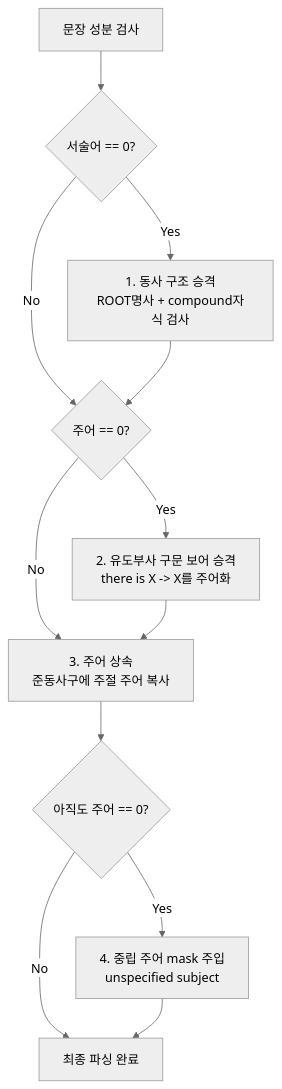
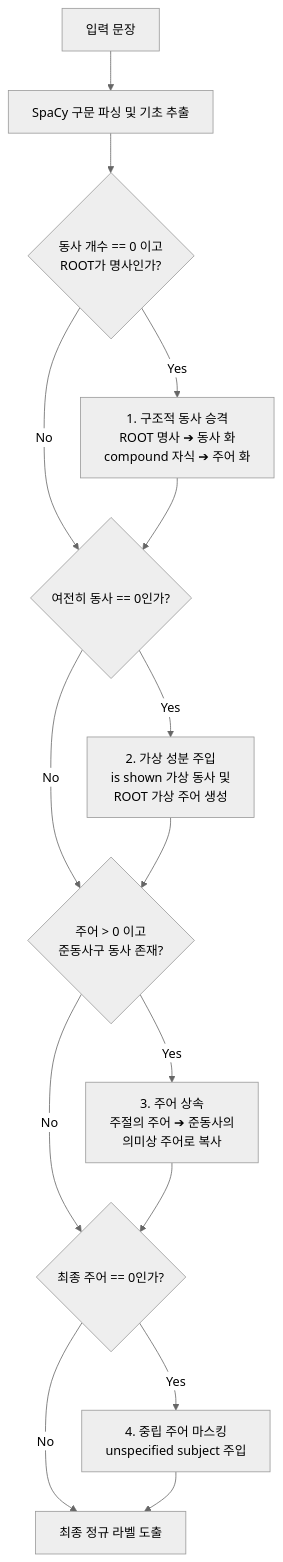
Before and after one commit to Song-exp/SNU_Challenge: the diagram in 문법성분_추출_보고서.md, drawn with Mermaid (neutral theme). The commit also changed other lines of this file and 2 other files, not shown here.

````diff
--- a/문법성분_추출_보고서.md
+++ b/문법성분_추출_보고서.md
@@ -24,16 +50,21 @@
 ```mermaid
 graph TD
-    A[문장 성분 검사] --> B{서술어 == 0?}
-    B -- Yes --> C[1. 동사 구조 승격<br>ROOT명사 + compound자식 검사]
-    B -- No --> D{주어 == 0?}
+    Input[입력 문장] --> Parse[SpaCy 구문 파싱 및 기초 추출]
+    Parse --> Guard1{동사 개수 == 0 이고<br>ROOT가 명사인가?}
     
-    C --> D
-    D -- Yes --> E[2. 유도부사 구문 보어 승격<br>there is X -> X를 주어화]
-    D -- No --> F[3. 주어 상속<br>준동사구에 주절 주어 복사]
+    Guard1 -- Yes --> Cast[1. 구조적 동사 승격<br>ROOT 명사 ➔ 동사 화<br>compound 자식 ➔ 주어 화]
+    Guard1 -- No --> Guard2
+    Cast --> Guard2{여전히 동사 == 0인가?}
     
-    E --> F
-    F --> G{아직도 주어 == 0?}
-    G -- Yes --> H[4. 중립 주어 mask 주입<br>unspecified subject]
-    G -- No --> I[최종 파싱 완료]
-    H --> I
+    Guard2 -- Yes --> Virtual[2. 가상 성분 주입<br>is shown 가상 동사 및<br>ROOT 가상 주어 생성]
+    Guard2 -- No --> Guard3
+    Virtual --> Guard3{주어 > 0 이고<br>준동사구 동사 존재?}
+    
+    Guard3 -- Yes --> Inherit[3. 주어 상속<br>주절의 주어 ➔ 준동사의<br>의미상 주어로 복사]
+    Guard3 -- No --> Guard4
+    Inherit --> Guard4{최종 주어 == 0인가?}
+    
+    Guard4 -- Yes --> Mask[4. 중립 주어 마스킹<br>unspecified subject 주입]
+    Guard4 -- No --> Output[최종 정규 라벨 도출]
+    Mask --> Output
 ```
````
